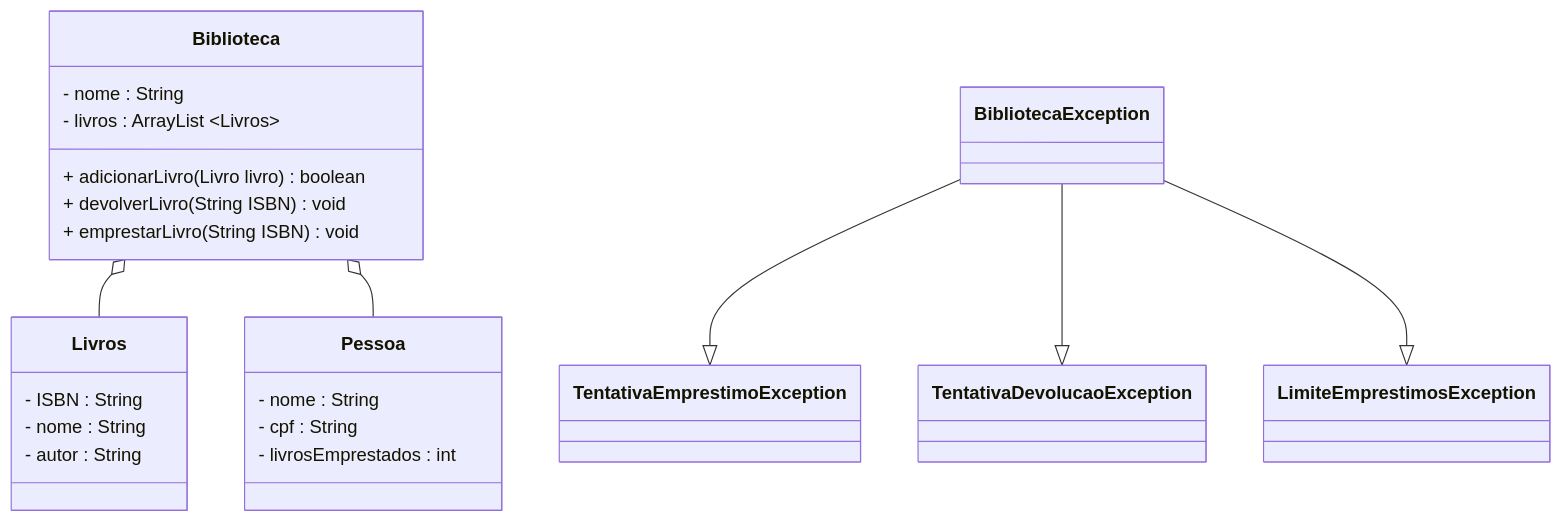
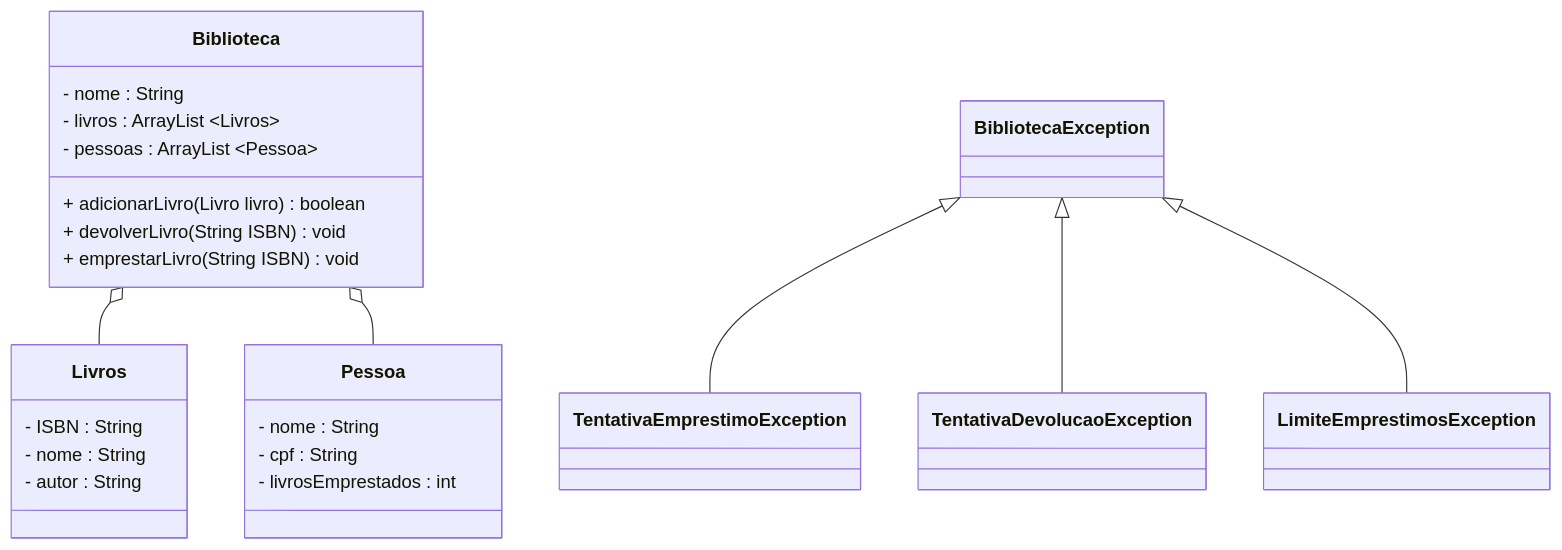
Before and after one commit to gaspanhol/POO: the diagram in aula-22/Readme.md, drawn with Mermaid. The commit also changed 1 other file, not shown here.

Commit message:
correções do UML

````diff
--- a/aula-22/Readme.md
+++ b/aula-22/Readme.md
@@ -3,38 +3,39 @@
 ```mermaid
 classDiagram
     
     Biblioteca o-- Livros
     Biblioteca o-- Pessoa
-    BibliotecaException --|> TentativaEmprestimoException
-    BibliotecaException --|> TentativaDevolucaoException
-    BibliotecaException --|> LimiteEmprestimosException
+    BibliotecaException <|-- TentativaEmprestimoException
+    BibliotecaException <|-- TentativaDevolucaoException
+    BibliotecaException <|-- LimiteEmprestimosException
     
     class Biblioteca {
         - nome : String
         - livros : ArrayList ~Livros~
+        - pessoas : ArrayList ~Pessoa~
         + adicionarLivro (Livro livro) boolean
         + devolverLivro (String ISBN) void
         + emprestarLivro (String ISBN) void
     }
     
     class Livros {
         - ISBN : String
         - nome : String
         - autor : String
     }
     
     class Pessoa {
         - nome : String
         - cpf : String
         - livrosEmprestados : int
     }
     
     class BibliotecaException { }
     
     class TentativaEmprestimoException { }
     
     class TentativaDevolucaoException { }
     
     class LimiteEmprestimosException { }
 
 ```
````
